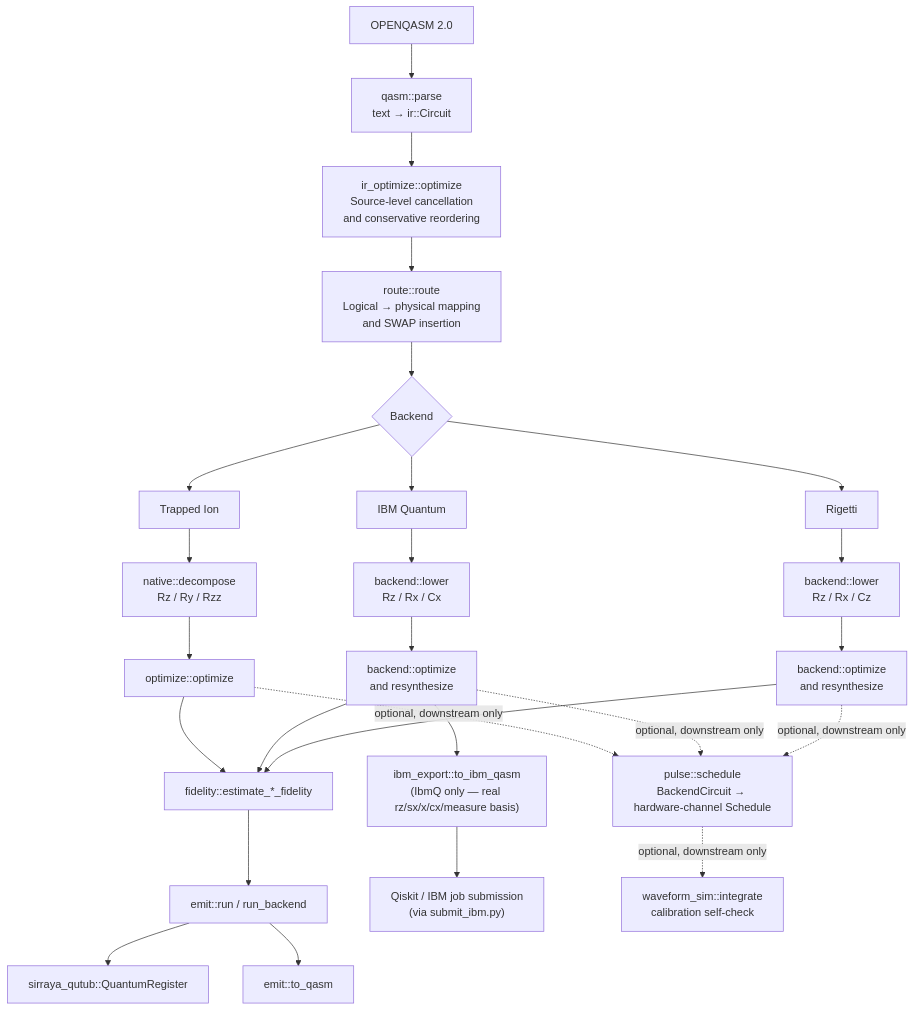
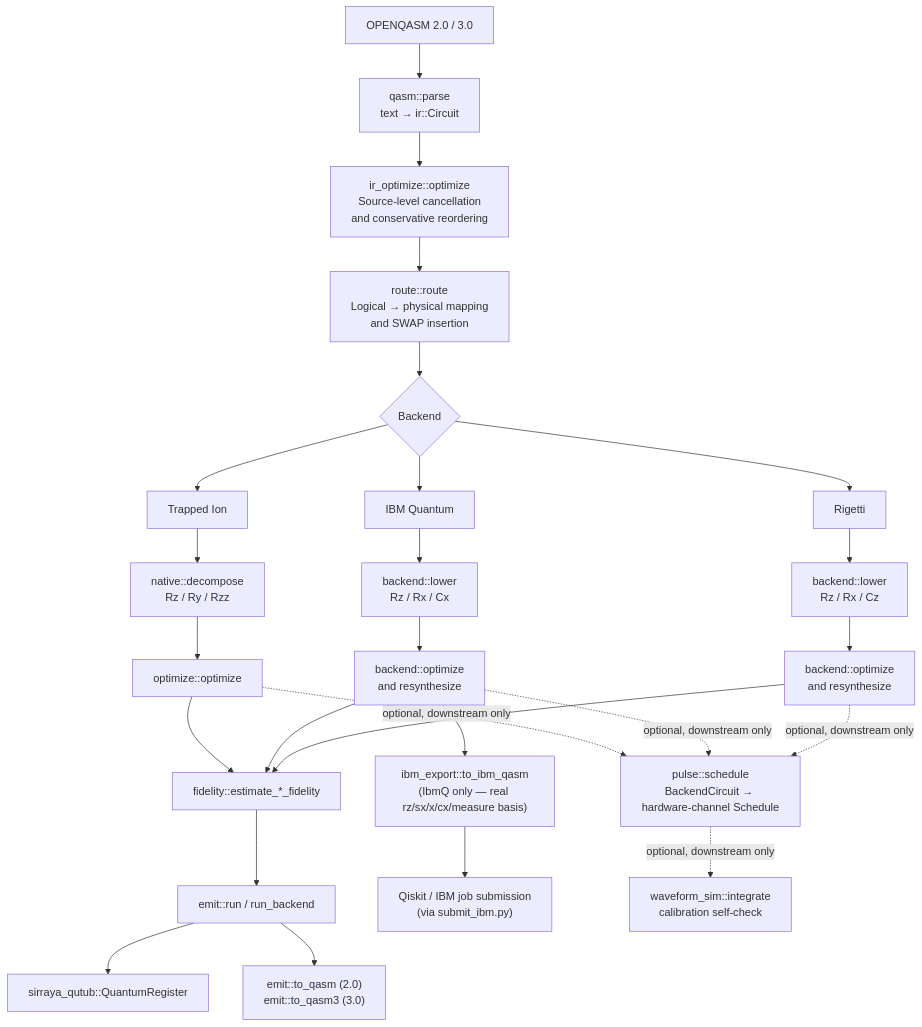
The third of 9 diagrams in ARCHITECTURE.md (sirraya-labs/QuTub-Transpiler), drawn with Mermaid before and after one commit. The commit also changed other lines of this file and 13 other files, not shown here.

````diff
--- a/ARCHITECTURE.md
+++ b/ARCHITECTURE.md
@@ -118,39 +118,39 @@
 ```mermaid
 flowchart TD
-    A["OPENQASM 2.0"] --> B["qasm::parse<br/>text → ir::Circuit"]
+    A["OPENQASM 2.0 / 3.0"] --> B["qasm::parse<br/>text → ir::Circuit"]
 
     B --> C["ir_optimize::optimize<br/>Source-level cancellation<br/>and conservative reordering"]
 
     C --> D["route::route<br/>Logical → physical mapping<br/>and SWAP insertion"]
 
     D --> E{"Backend"}
 
     E --> TI["Trapped Ion"]
     E --> IBM["IBM Quantum"]
     E --> RIG["Rigetti"]
 
     TI --> TID["native::decompose<br/>Rz / Ry / Rzz"]
     IBM --> IBMD["backend::lower<br/>Rz / Rx / Cx"]
     RIG --> RIGD["backend::lower<br/>Rz / Rx / Cz"]
 
     TID --> TIO["optimize::optimize"]
     IBMD --> IBMO["backend::optimize<br/>and resynthesize"]
     RIGD --> RIGO["backend::optimize<br/>and resynthesize"]
 
     TIO --> F["fidelity::estimate_*_fidelity"]
     IBMO --> F
     RIGO --> F
 
     F --> EXEC["emit::run / run_backend"]
     EXEC --> SIM["sirraya_qutub::QuantumRegister"]
 
-    EXEC --> QOUT["emit::to_qasm"]
+    EXEC --> QOUT["emit::to_qasm (2.0)<br/>emit::to_qasm3 (3.0)"]
 
     IBMO --> IBMEXP["ibm_export::to_ibm_qasm<br/>(IbmQ only — real rz/sx/x/cx/measure basis)"]
     IBMEXP --> QISKIT["Qiskit / IBM job submission<br/>(via submit_ibm.py)"]
 
     TIO -.optional, downstream only.-> PULSE["pulse::schedule<br/>BackendCircuit → hardware-channel Schedule"]
     IBMO -.optional, downstream only.-> PULSE
     RIGO -.optional, downstream only.-> PULSE
     PULSE -.optional, downstream only.-> WAVE["waveform_sim::integrate<br/>calibration self-check"]
 ```
````
